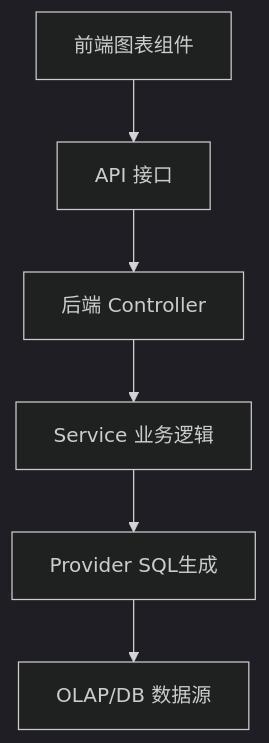
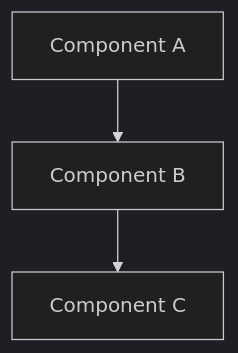
The diagram in .spec-workflow/templates/design-template.md (wym5211/dataease), drawn with Mermaid (dark theme) before and after one commit. The commit also changed other lines of this file and 47 other files, not shown here.

````diff
--- a/.spec-workflow/templates/design-template.md
+++ b/.spec-workflow/templates/design-template.md
@@ -34,8 +36,5 @@
 ```mermaid
 graph TD
-    A[前端图表组件] --> B[API 接口]
-    B --> C[后端 Controller]
-    C --> D[Service 业务逻辑]
-    D --> E[Provider SQL生成]
-    E --> F[OLAP/DB 数据源]
+    A[Component A] --> B[Component B]
+    B --> C[Component C]
 ```
````
